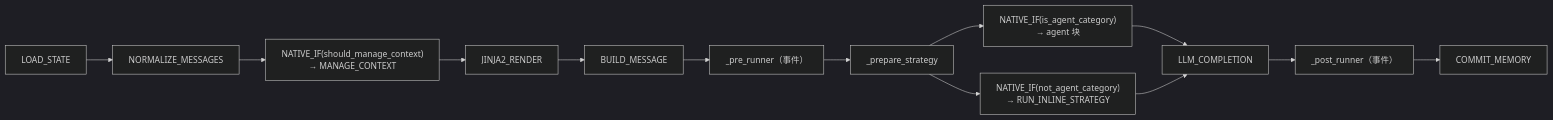
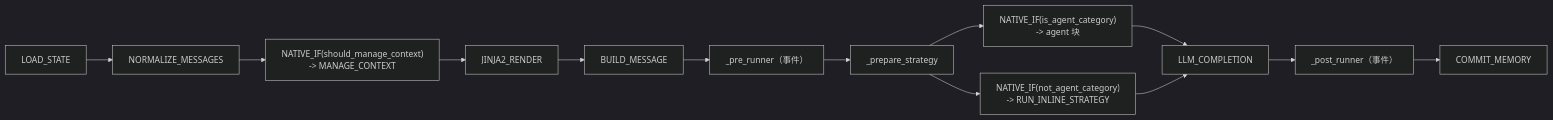
One commit to AmritaBot/AmritaCore changed the first of 2 diagrams in docs/docs/zh/guide/advanced/workflow-engine.md. Above: the diagram before and after it, drawn with Mermaid (dark theme). The commit also changed 89 other files, not shown here.

````diff
--- a/docs/docs/zh/guide/advanced/workflow-engine.md
+++ b/docs/docs/zh/guide/advanced/workflow-engine.md
@@ -9,15 +9,15 @@
 ```mermaid
 flowchart LR
     A["LOAD_STATE"] --> N["NORMALIZE_MESSAGES"]
-    N --> Q["NATIVE_IF(should_manage_context)<br/>→ MANAGE_CONTEXT"]
+    N --> Q["NATIVE_IF(should_manage_context)<br/>-> MANAGE_CONTEXT"]
     Q --> B["JINJA2_RENDER"]
     B --> C["BUILD_MESSAGE"]
     C --> D["_pre_runner（事件）"]
     D --> P["_prepare_strategy"]
-    P --> E["NATIVE_IF(is_agent_category)<br/>→ agent 块"]
-    P --> E2["NATIVE_IF(not_agent_category)<br/>→ RUN_INLINE_STRATEGY"]
+    P --> E["NATIVE_IF(is_agent_category)<br/>-> agent 块"]
+    P --> E2["NATIVE_IF(not_agent_category)<br/>-> RUN_INLINE_STRATEGY"]
     E --> F["LLM_COMPLETION"]
     E2 --> F
     F --> G["_post_runner（事件）"]
     G --> H["COMMIT_MEMORY"]
 ```
````
